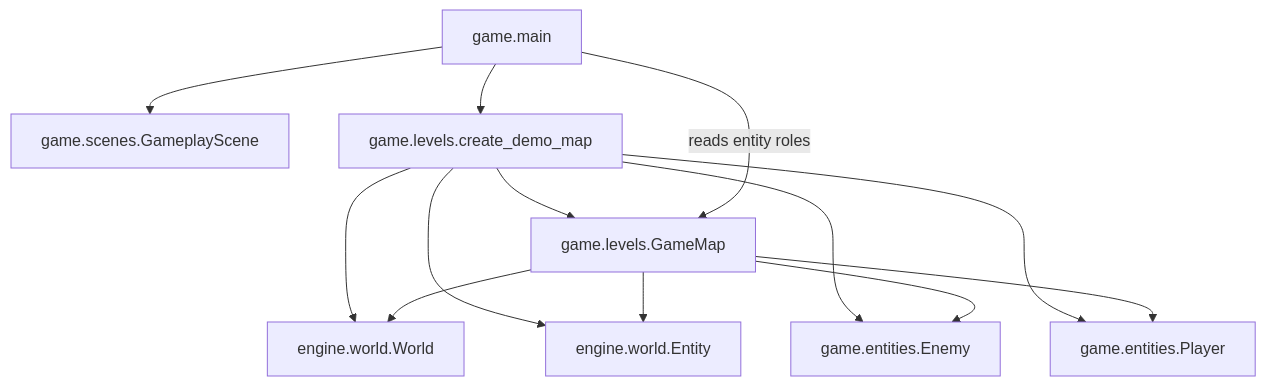
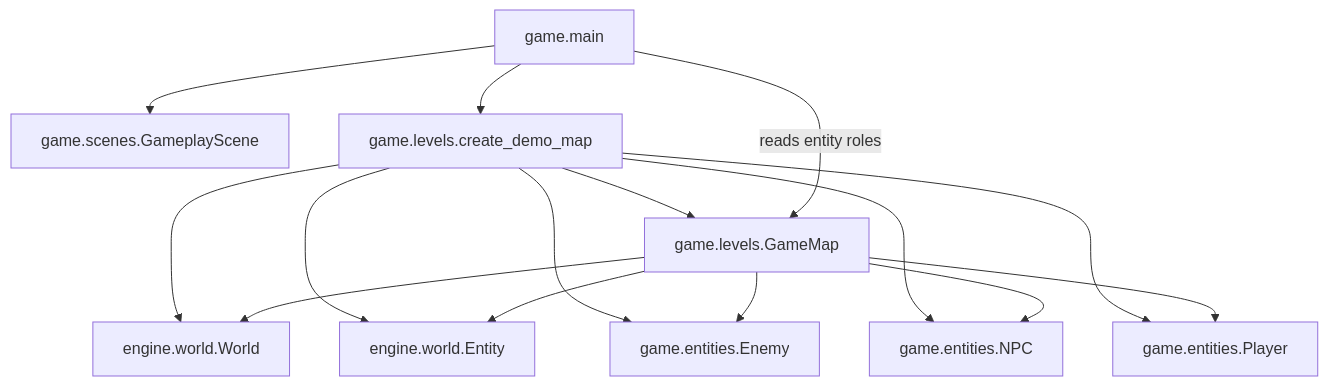
Before and after one commit to VincentMardon/my_first_adventure_game: the diagram in docs/architecture/levels.md, drawn with Mermaid. The commit also changed other lines of this file and 21 other files, not shown here.

Commit message:
feat(interaction): add npc dialogue flow

````diff
--- a/docs/architecture/levels.md
+++ b/docs/architecture/levels.md
@@ -65,24 +66,27 @@
 ```mermaid
 flowchart TD
     GameMap["game.levels.GameMap"]
     GameMain["game.main"]
     GameplayScene["game.scenes.GameplayScene"]
     DemoMap["game.levels.create_demo_map"]
     World["engine.world.World"]
     Entity["engine.world.Entity"]
     Enemy["game.entities.Enemy"]
+    NPC["game.entities.NPC"]
     Player["game.entities.Player"]
 
     DemoMap --> GameMap
     DemoMap --> World
     DemoMap --> Entity
     DemoMap --> Enemy
+    DemoMap --> NPC
     DemoMap --> Player
     GameMap --> World
     GameMap --> Entity
     GameMap --> Enemy
+    GameMap --> NPC
     GameMap --> Player
     GameMain --> DemoMap
     GameMain -->|"reads entity roles"| GameMap
     GameMain --> GameplayScene
 ```
````
